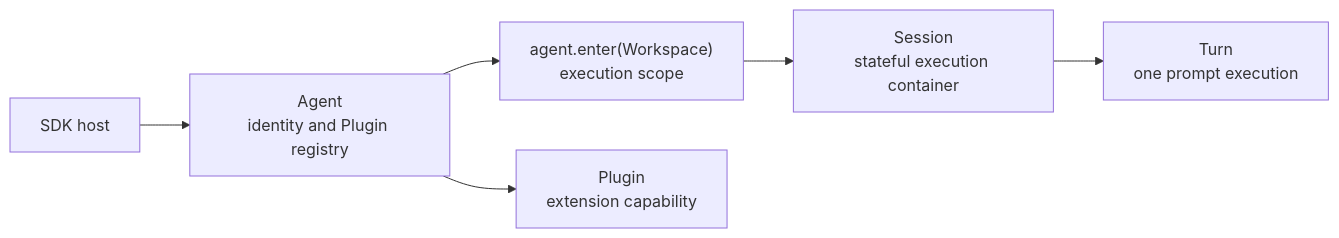
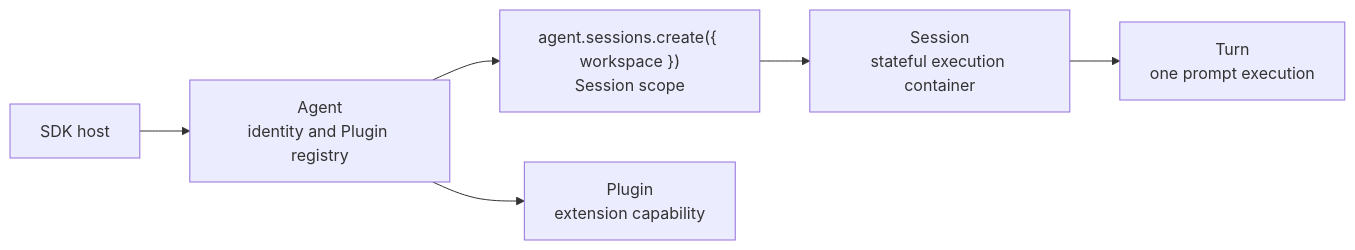
Before and after one commit to genesiscosmos/downcity: the diagram in homepage/content/agent-sdk-docs/en/index.mdx, drawn with Mermaid. The commit also changed other lines of this file and 51 other files, not shown here.

Commit message:
refactor(agent): expose transport with agent workspace selection

````diff
--- a/homepage/content/agent-sdk-docs/en/index.mdx
+++ b/homepage/content/agent-sdk-docs/en/index.mdx
@@ -12,8 +12,8 @@
 ```mermaid
 flowchart LR
     Host["SDK host"] --> Agent["Agent<br/>identity and Plugin registry"]
-    Agent --> Workspace["agent.enter(Workspace)<br/>execution scope"]
+    Agent --> Workspace["agent.sessions.create({ workspace })<br/>Session scope"]
     Workspace --> Session["Session<br/>stateful execution container"]
     Session --> Turn["Turn<br/>one prompt execution"]
     Agent --> Plugin["Plugin<br/>extension capability"]
 ```
````
